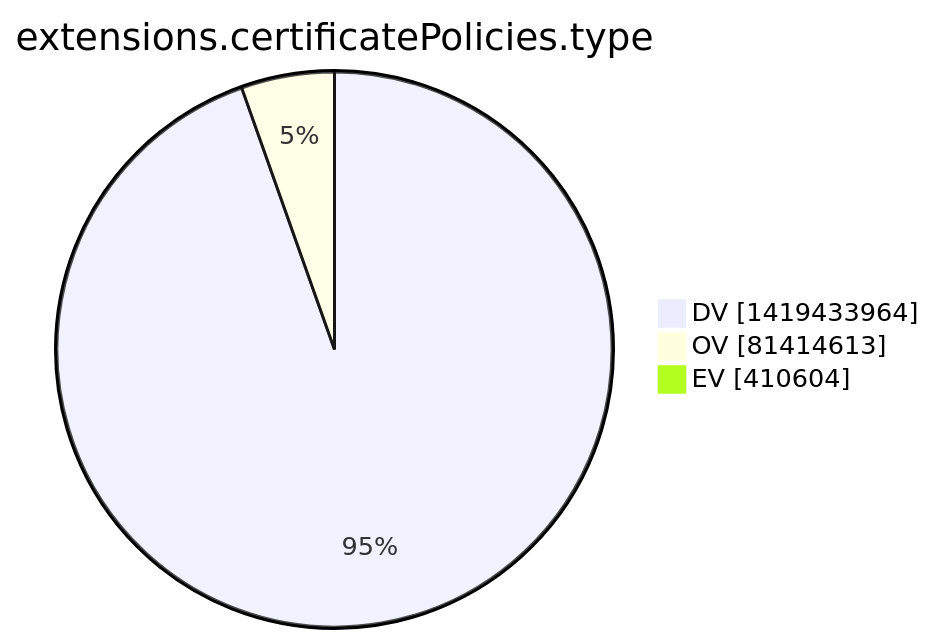
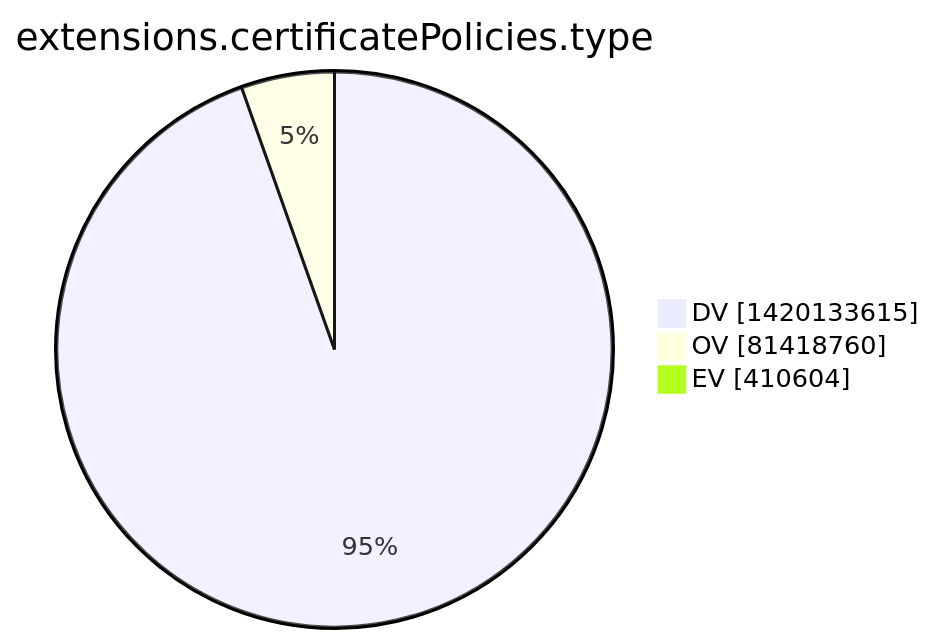
The tenth of 15 diagrams in xenon2022/README.md (christiankrug/ctmonitor_visualization), drawn with Mermaid before and after one commit. The commit also changed other lines of this file, not shown here.

````diff
--- a/xenon2022/README.md
+++ b/xenon2022/README.md
@@ -2865,7 +2865,7 @@
 ```mermaid
 pie showData
 title extensions.certificatePolicies.type
-"DV" :1419433964
-"OV" :81414613
+"DV" :1420133615
+"OV" :81418760
 "EV" :410604
 ```
````
